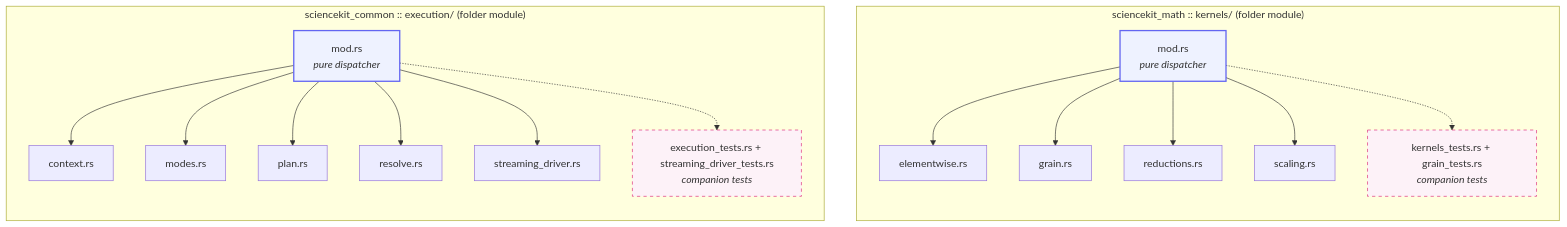
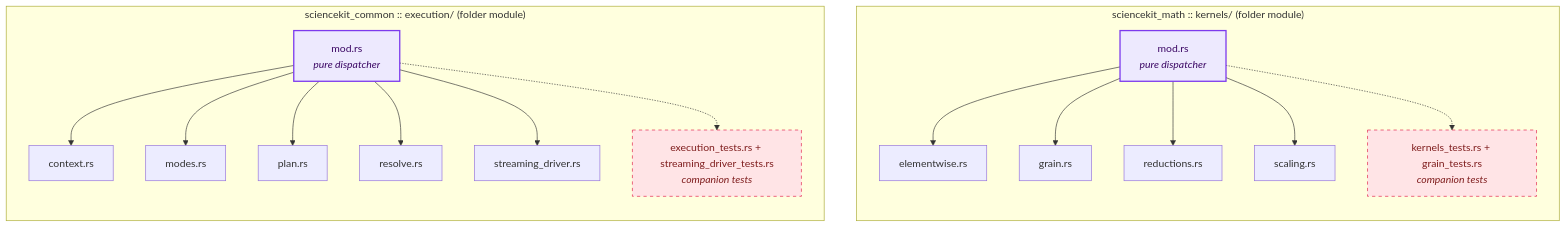
Before and after one commit to neurono-ml/sciencekit: the diagram in docs/src/development-explained/ch06-module-hygiene.md, drawn with Mermaid. The commit also changed 12 other files, not shown here.

First line of the commit message:
docs: fix book theme UX — typography control, buttons, sidebar, Mermaid contrast

````diff
--- a/docs/src/development-explained/ch06-module-hygiene.md
+++ b/docs/src/development-explained/ch06-module-hygiene.md
@@ -392,43 +392,43 @@
 ```mermaid
 flowchart TD
     accTitle: Two folder modules showing the pure-dispatcher pattern
     accDescr: Each folder module has a mod.rs that acts as a pure dispatcher, implementation files for each concern, and companion test files. The kernels folder holds elementwise, grain, reductions and scaling; the execution folder holds context, modes, plan, resolve and the streaming driver.
     subgraph K["sciencekit_math :: kernels/ (folder module)"]
         direction TB
         K_RS["mod.rs<br/><i>pure dispatcher</i>"]
         K_ELEM["elementwise.rs"]
         K_GRAIN["grain.rs"]
         K_RED["reductions.rs"]
         K_SCAL["scaling.rs"]
         K_TESTS["kernels_tests.rs + grain_tests.rs<br/><i>companion tests</i>"]
     end
 
     subgraph E["sciencekit_common :: execution/ (folder module)"]
         direction TB
         E_RS["mod.rs<br/><i>pure dispatcher</i>"]
         E_CTX["context.rs"]
         E_MODES["modes.rs"]
         E_PLAN["plan.rs"]
         E_RES["resolve.rs"]
         E_DRV["streaming_driver.rs"]
         E_TESTS["execution_tests.rs + streaming_driver_tests.rs<br/><i>companion tests</i>"]
     end
 
     K_RS --> K_ELEM
     K_RS --> K_GRAIN
     K_RS --> K_RED
     K_RS --> K_SCAL
     K_RS -.-> K_TESTS
 
     E_RS --> E_CTX
     E_RS --> E_MODES
     E_RS --> E_PLAN
     E_RS --> E_RES
     E_RS --> E_DRV
     E_RS -.-> E_TESTS
 
-    style K_RS fill:#eef2ff,stroke:#6366f1,stroke-width:2px
-    style E_RS fill:#eef2ff,stroke:#6366f1,stroke-width:2px
-    style K_TESTS fill:#fdf2f8,stroke:#db2777,stroke-dasharray:5 5
-    style E_TESTS fill:#fdf2f8,stroke:#db2777,stroke-dasharray:5 5
+    style K_RS fill:#ede9fe,stroke:#7c3aed,color:#3b0764,stroke-width:2px
+    style E_RS fill:#ede9fe,stroke:#7c3aed,color:#3b0764,stroke-width:2px
+    style K_TESTS fill:#ffe4e6,stroke:#e11d48,color:#7f1d1d,stroke-dasharray:5 5
+    style E_TESTS fill:#ffe4e6,stroke:#e11d48,color:#7f1d1d,stroke-dasharray:5 5
 ```
````
